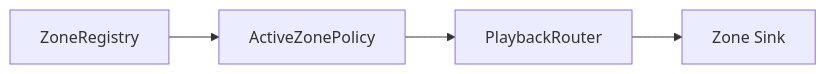
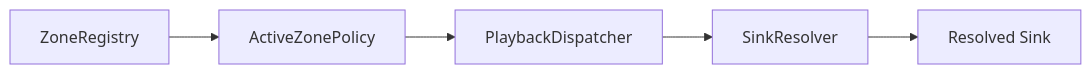
Before and after one commit to HenryM00RE/Fozmo: the third of 3 diagrams in docs/architecture.md, drawn with Mermaid. The commit also changed other lines of this file and 28 other files, not shown here.

````diff
--- a/docs/architecture.md
+++ b/docs/architecture.md
@@ -74,6 +76,7 @@
 ```mermaid
 flowchart LR
   Registry["ZoneRegistry"] --> Policy["ActiveZonePolicy"]
-  Policy --> Router["PlaybackRouter"]
-  Router --> Sink["Zone Sink"]
+  Policy --> Dispatcher["PlaybackDispatcher"]
+  Dispatcher --> Resolver["SinkResolver"]
+  Resolver --> Sink["Resolved Sink"]
 ```
````
